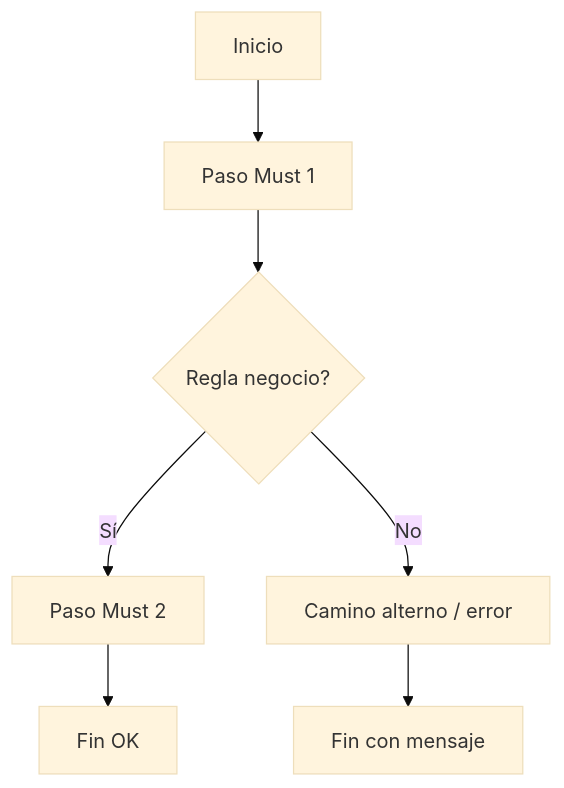
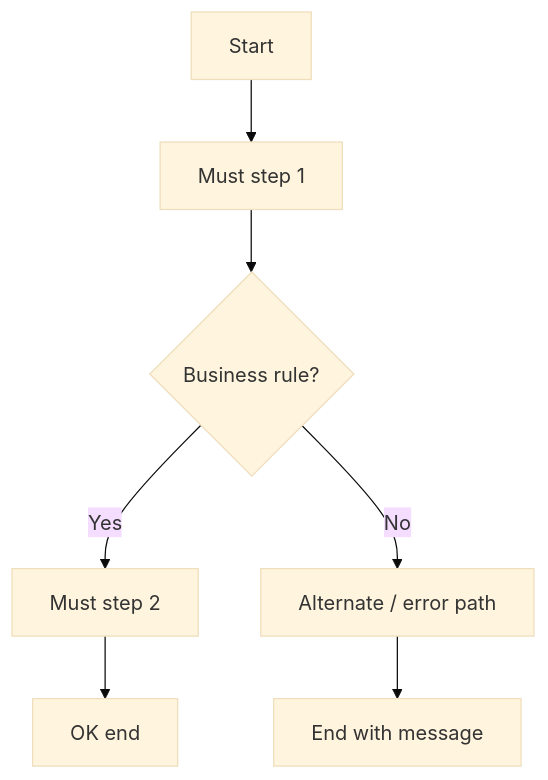
The diagram in skills/flow-diagram-generator/reference.md (dguzmano96/scrum-dev-agents), drawn with Mermaid (base theme) before and after one commit. The commit also changed other lines of this file and 45 other files, not shown here.

````diff
--- a/skills/flow-diagram-generator/reference.md
+++ b/skills/flow-diagram-generator/reference.md
@@ -3,9 +5,9 @@
 ```mermaid
 flowchart TD
-  A[Inicio] --> B[Paso Must 1]
-  B --> C{Regla negocio?}
-  C -->|Sí| D[Paso Must 2]
-  C -->|No| E[Camino alterno / error]
-  D --> F[Fin OK]
-  E --> G[Fin con mensaje]
+  A[Start] --> B[Must step 1]
+  B --> C{Business rule?}
+  C -->|Yes| D[Must step 2]
+  C -->|No| E[Alternate / error path]
+  D --> F[OK end]
+  E --> G[End with message]
 ```
````
